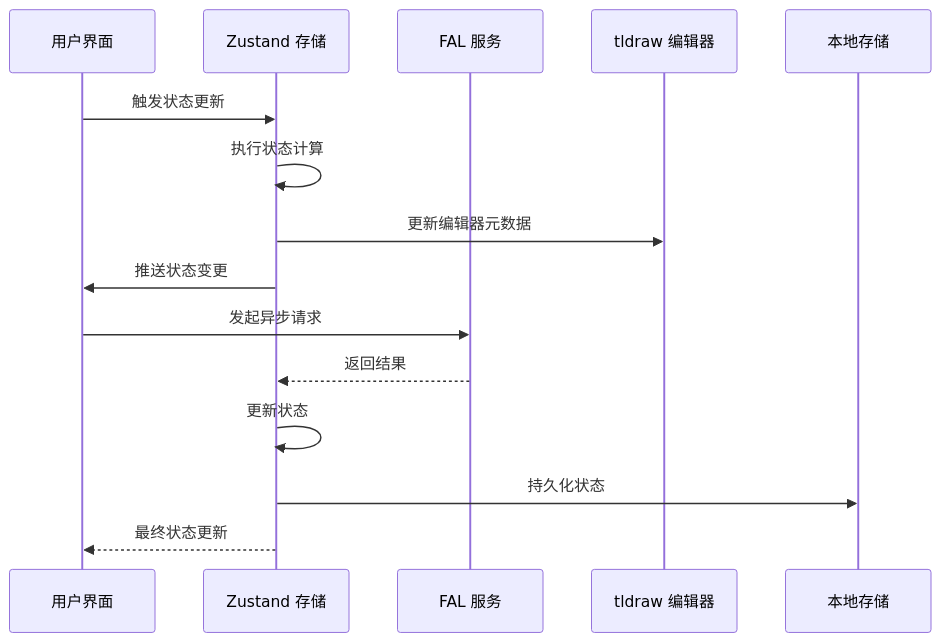
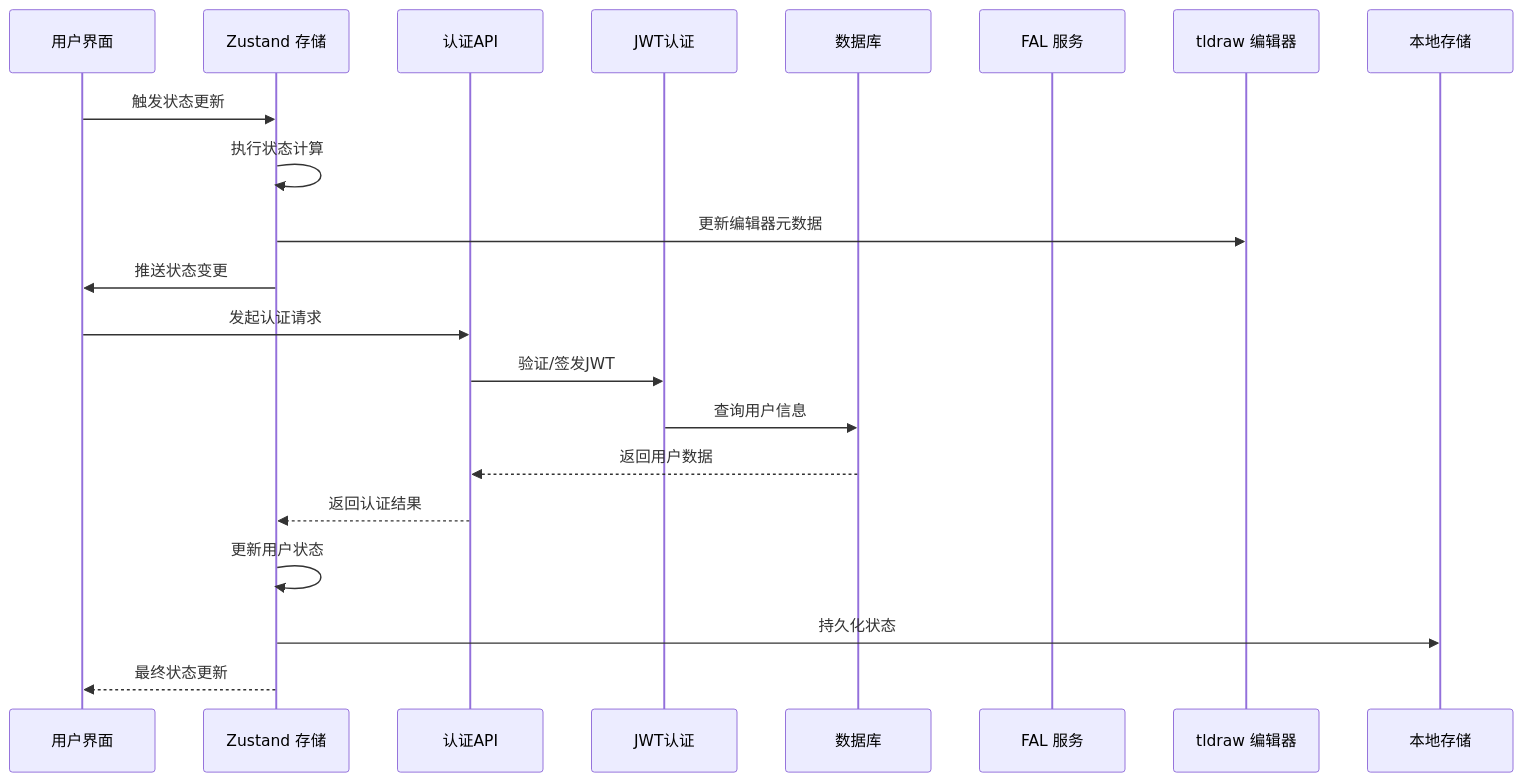
One commit to billye220670/BananaFlow2 changed the fourth of 21 diagrams in .qoder/repowiki/zh/content/状态管理系统.md. Above: the diagram before and after it, drawn with Mermaid. The commit also changed other lines of this file and 6 other files, not shown here.

````diff
--- a/.qoder/repowiki/zh/content/状态管理系统.md
+++ b/.qoder/repowiki/zh/content/状态管理系统.md
@@ -244,17 +284,23 @@
 ```mermaid
 sequenceDiagram
 participant UI as 用户界面
 participant Store as Zustand 存储
+participant AuthAPI as 认证API
+participant JWT as JWT认证
+participant Supabase as 数据库
 participant FAL as FAL 服务
 participant Tldraw as tldraw 编辑器
 participant LocalStorage as 本地存储
 UI->>Store : 触发状态更新
 Store->>Store : 执行状态计算
 Store->>Tldraw : 更新编辑器元数据
 Store->>UI : 推送状态变更
-UI->>FAL : 发起异步请求
-FAL-->>Store : 返回结果
-Store->>Store : 更新状态
+UI->>AuthAPI : 发起认证请求
+AuthAPI->>JWT : 验证/签发JWT
+JWT->>Supabase : 查询用户信息
+Supabase-->>AuthAPI : 返回用户数据
+AuthAPI-->>Store : 返回认证结果
+Store->>Store : 更新用户状态
 Store->>LocalStorage : 持久化状态
 Store-->>UI : 最终状态更新
 ```
````
